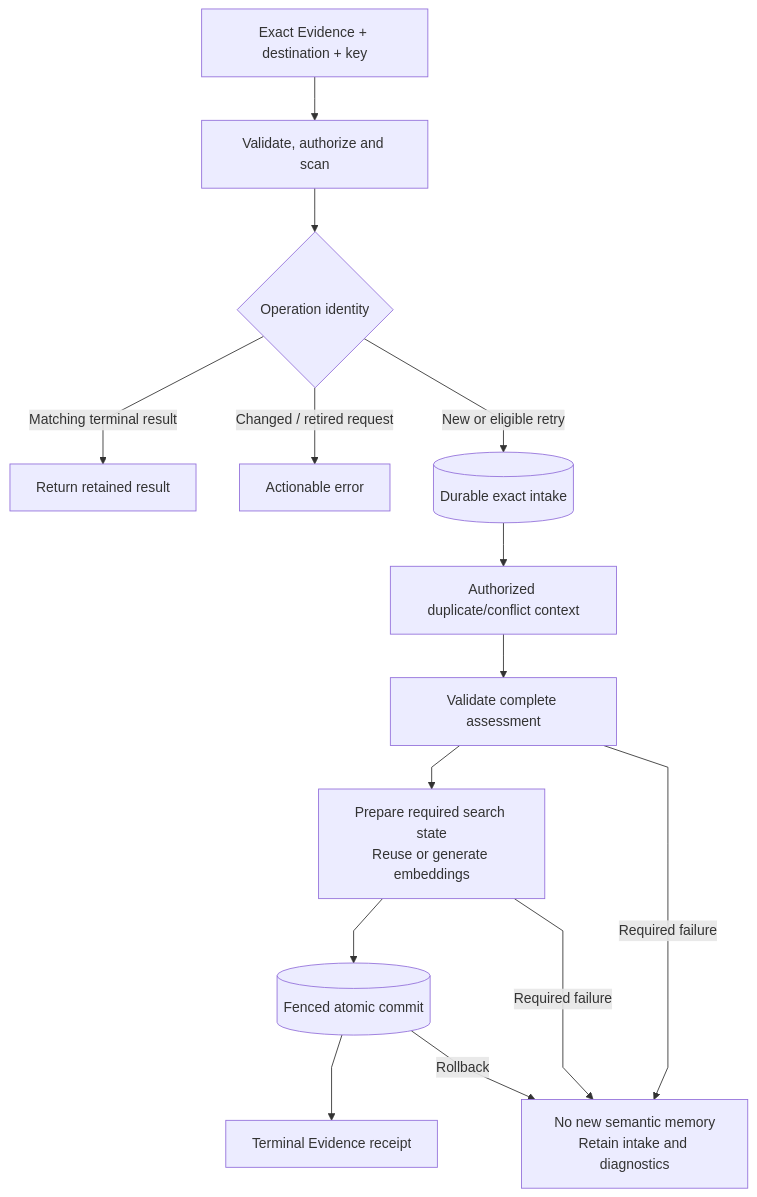
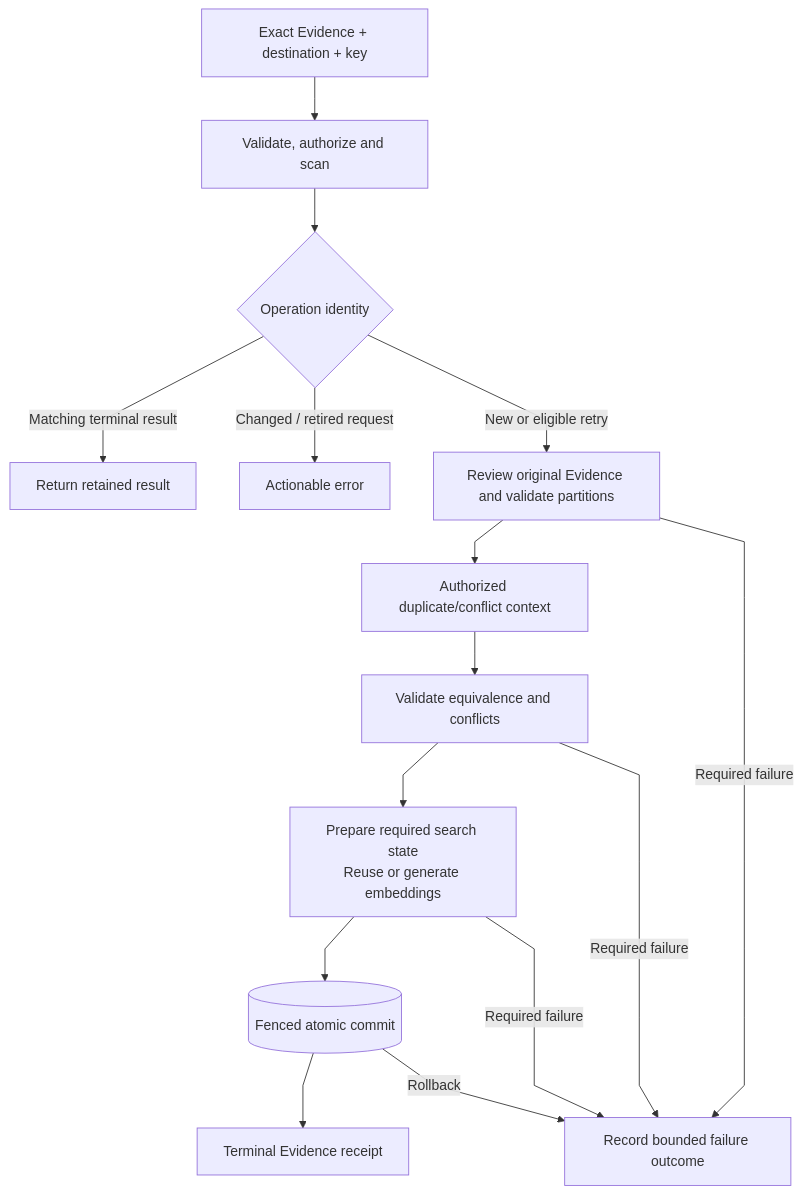
One commit to markhuangai/dense-mem changed the first of 3 diagrams in Write-Pipeline.md. Above: the diagram before and after it, drawn with Mermaid. The commit also changed other lines of this file and 1 other file, not shown here.

Commit message:
Document Remember intake review and partitioning order

````diff
--- a/Write-Pipeline.md
+++ b/Write-Pipeline.md
@@ -7,17 +7,18 @@
 ```mermaid
 %%{init: {"flowchart": {"curve": "linear"}}}%%
 flowchart TB
   Input["Exact Evidence + destination + key"] --> Admit["Validate, authorize and scan"]
   Admit --> Replay{"Operation identity"}
   Replay -->|"Matching terminal result"| Receipt["Return retained result"]
   Replay -->|"Changed / retired request"| Error["Actionable error"]
-  Replay -->|"New or eligible retry"| Stage[("Durable exact intake")]
-  Stage --> Context["Authorized duplicate/conflict context"]
-  Context --> Assessment["Validate complete assessment"]
+  Replay -->|"New or eligible retry"| Intake["Review original Evidence and validate partitions"]
+  Intake --> Context["Authorized duplicate/conflict context"]
+  Context --> Assessment["Validate equivalence and conflicts"]
   Assessment --> Search["Prepare required search state<br/>Reuse or generate embeddings"]
   Search --> Commit[("Fenced atomic commit")]
   Commit --> Done["Terminal Evidence receipt"]
-  Assessment -->|"Required failure"| Failed["No new semantic memory<br/>Retain intake and diagnostics"]
+  Intake -->|"Required failure"| Failed["Record bounded failure outcome"]
+  Assessment -->|"Required failure"| Failed
   Search -->|"Required failure"| Failed
   Commit -->|"Rollback"| Failed
 ```
````
